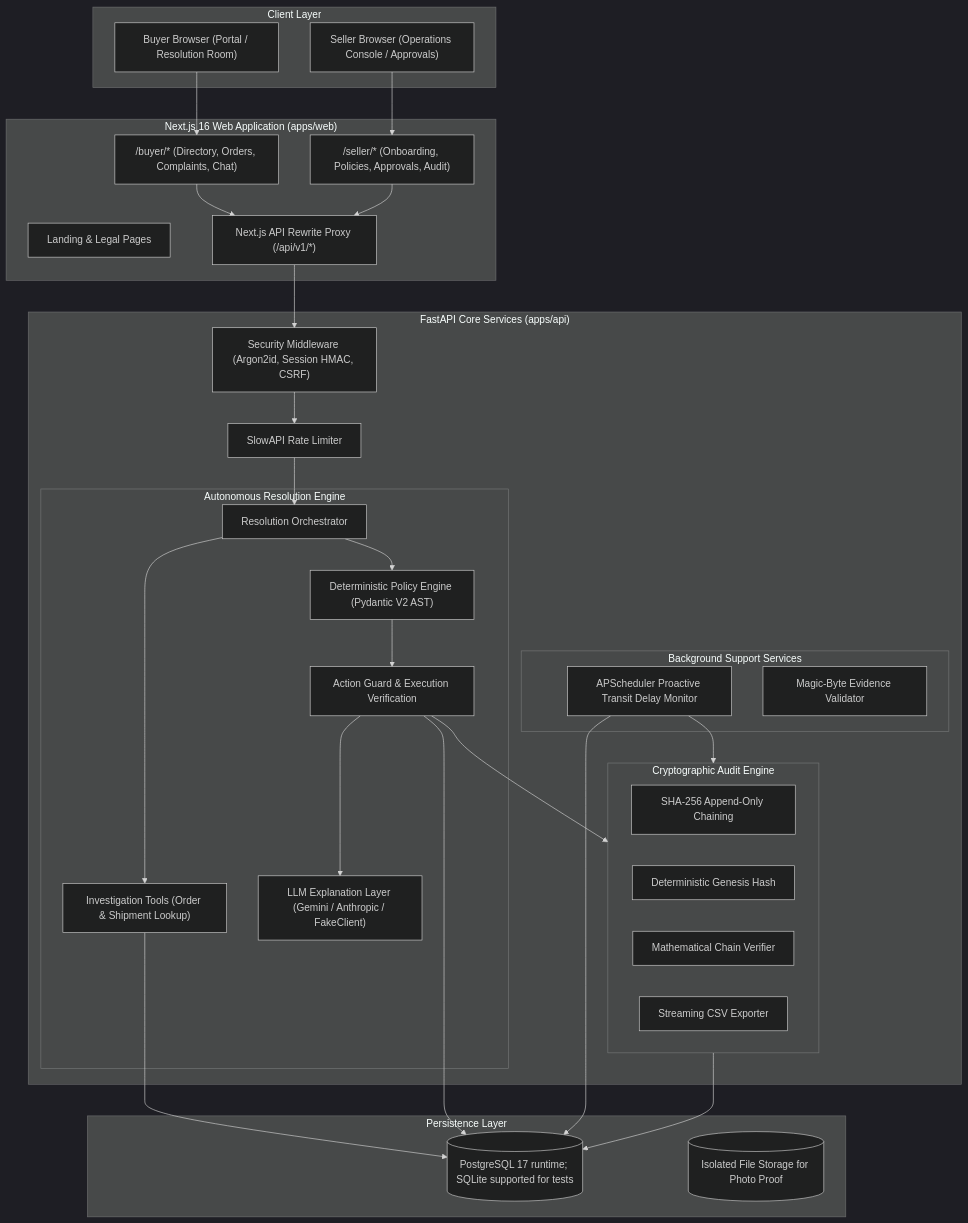
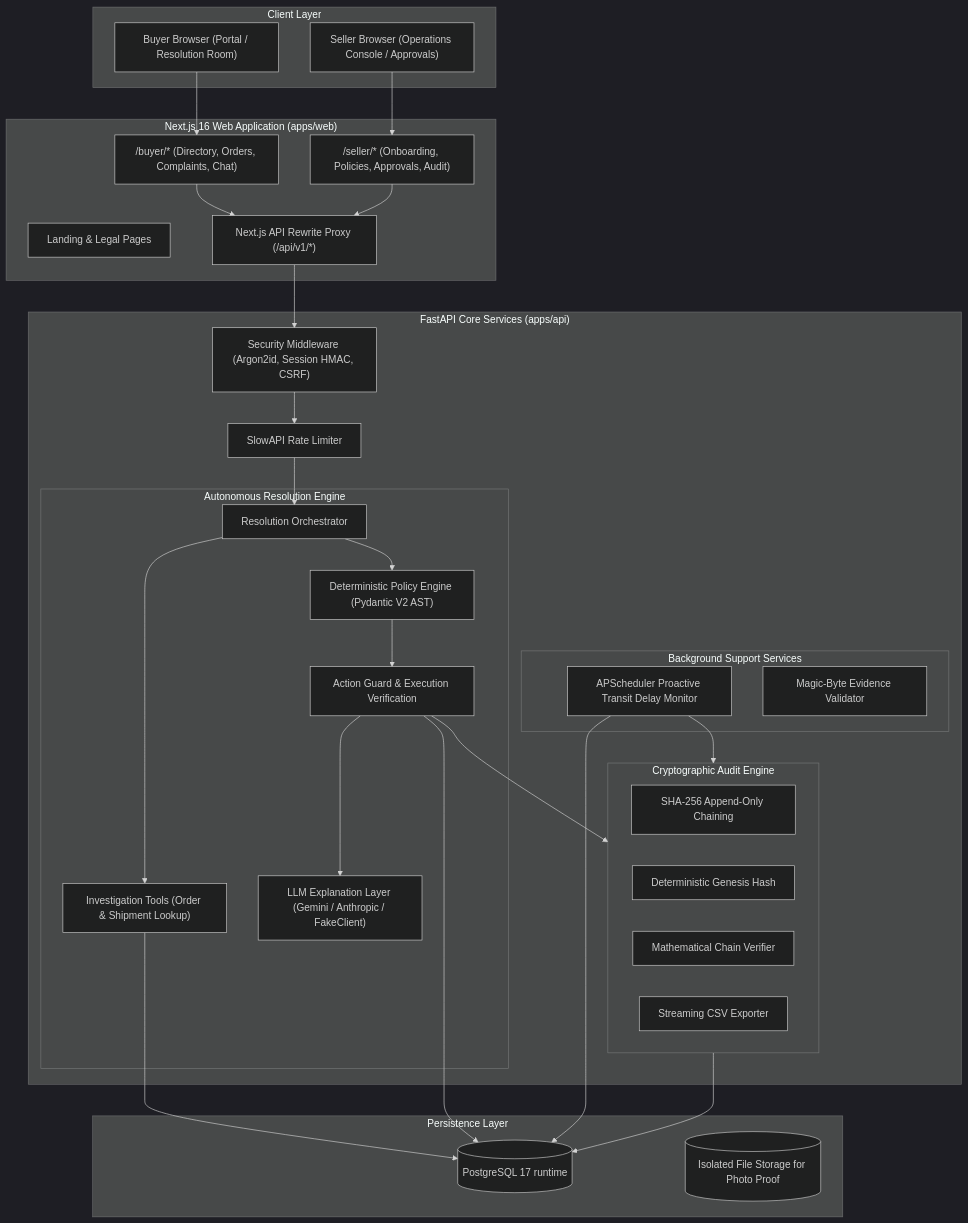
Before and after one commit to avinashsinghpal/AgentX_Hackathon: the first of 2 diagrams in docs/architecture.md, drawn with Mermaid (dark theme). The commit also changed 56 other files, not shown here.

````diff
--- a/docs/architecture.md
+++ b/docs/architecture.md
@@ -25,64 +25,64 @@
 ```mermaid
 flowchart TD
     subgraph Clients ["Client Layer"]
         Buyer["Buyer Browser (Portal / Resolution Room)"]
         Seller["Seller Browser (Operations Console / Approvals)"]
     end
 
     subgraph WebApp ["Next.js 16 Web Application (apps/web)"]
         Landing["Landing & Legal Pages"]
         BuyerRoutes["/buyer/* (Directory, Orders, Complaints, Chat)"]
         SellerRoutes["/seller/* (Onboarding, Policies, Approvals, Audit)"]
         Proxy["Next.js API Rewrite Proxy (/api/v1/*)"]
     end
 
     subgraph Backend ["FastAPI Core Services (apps/api)"]
         AuthMid["Security Middleware (Argon2id, Session HMAC, CSRF)"]
         RateLimiter["SlowAPI Rate Limiter"]
         
         subgraph AgentEngine ["Autonomous Resolution Engine"]
             Orchestrator["Resolution Orchestrator"]
             InvestigateTools["Investigation Tools (Order & Shipment Lookup)"]
             PolicyEngine["Deterministic Policy Engine (Pydantic V2 AST)"]
             ActionGuard["Action Guard & Execution Verification"]
             LLMClient["LLM Explanation Layer (Gemini / Anthropic / FakeClient)"]
         end
 
         subgraph BackgroundServices ["Background Support Services"]
             DelayMonitor["APScheduler Proactive Transit Delay Monitor"]
             FileValidator["Magic-Byte Evidence Validator"]
         end
 
         subgraph AuditEngine ["Cryptographic Audit Engine"]
             HashChain["SHA-256 Append-Only Chaining"]
             GenesisBlock["Deterministic Genesis Hash"]
             TamperDetector["Mathematical Chain Verifier"]
             CSVStream["Streaming CSV Exporter"]
         end
     end
 
     subgraph Storage ["Persistence Layer"]
-        DB[(PostgreSQL 17 runtime; SQLite supported for tests)]
+        DB[(PostgreSQL 17 runtime)]
         DiskStore[(Isolated File Storage for Photo Proof)]
     end
 
     Buyer --> BuyerRoutes
     Seller --> SellerRoutes
     BuyerRoutes --> Proxy
     SellerRoutes --> Proxy
     Proxy --> AuthMid
     AuthMid --> RateLimiter
     RateLimiter --> Orchestrator
     
     Orchestrator --> InvestigateTools
     InvestigateTools --> DB
     Orchestrator --> PolicyEngine
     PolicyEngine --> ActionGuard
     ActionGuard --> DB
     ActionGuard --> AuditEngine
     ActionGuard --> LLMClient
     
     DelayMonitor --> DB
     DelayMonitor --> AuditEngine
     AuditEngine --> DB
 ```
````
